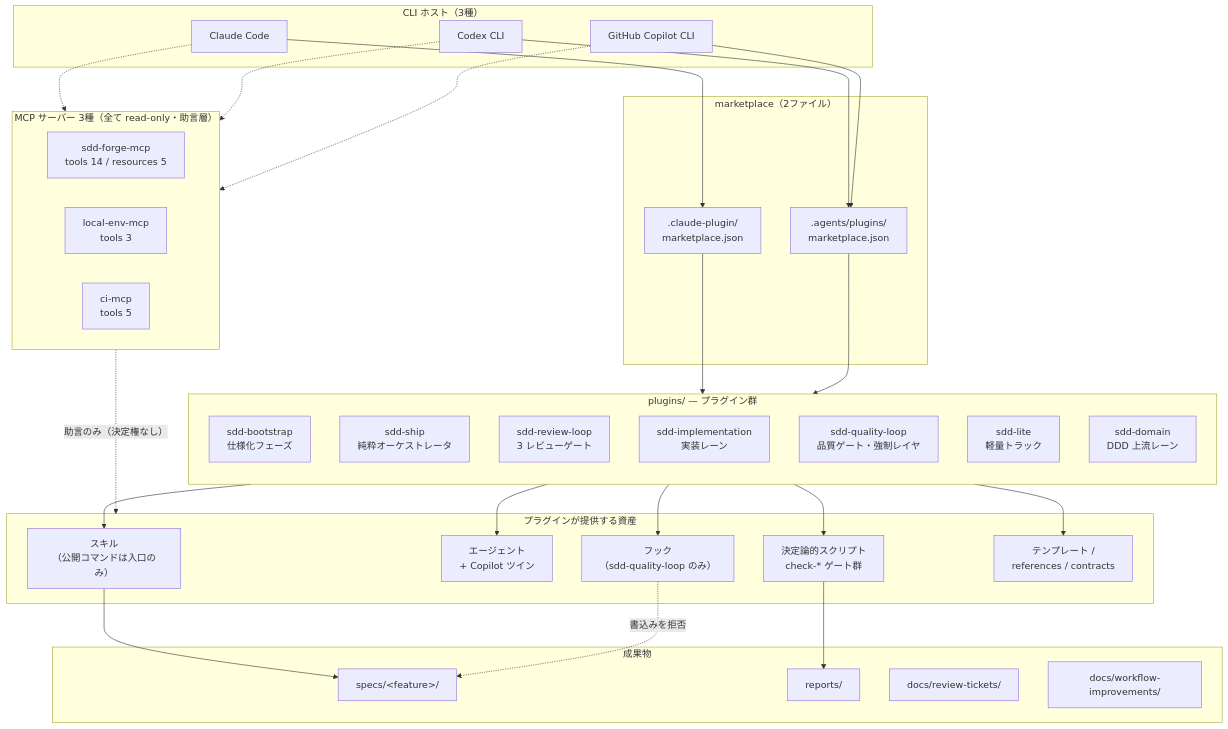
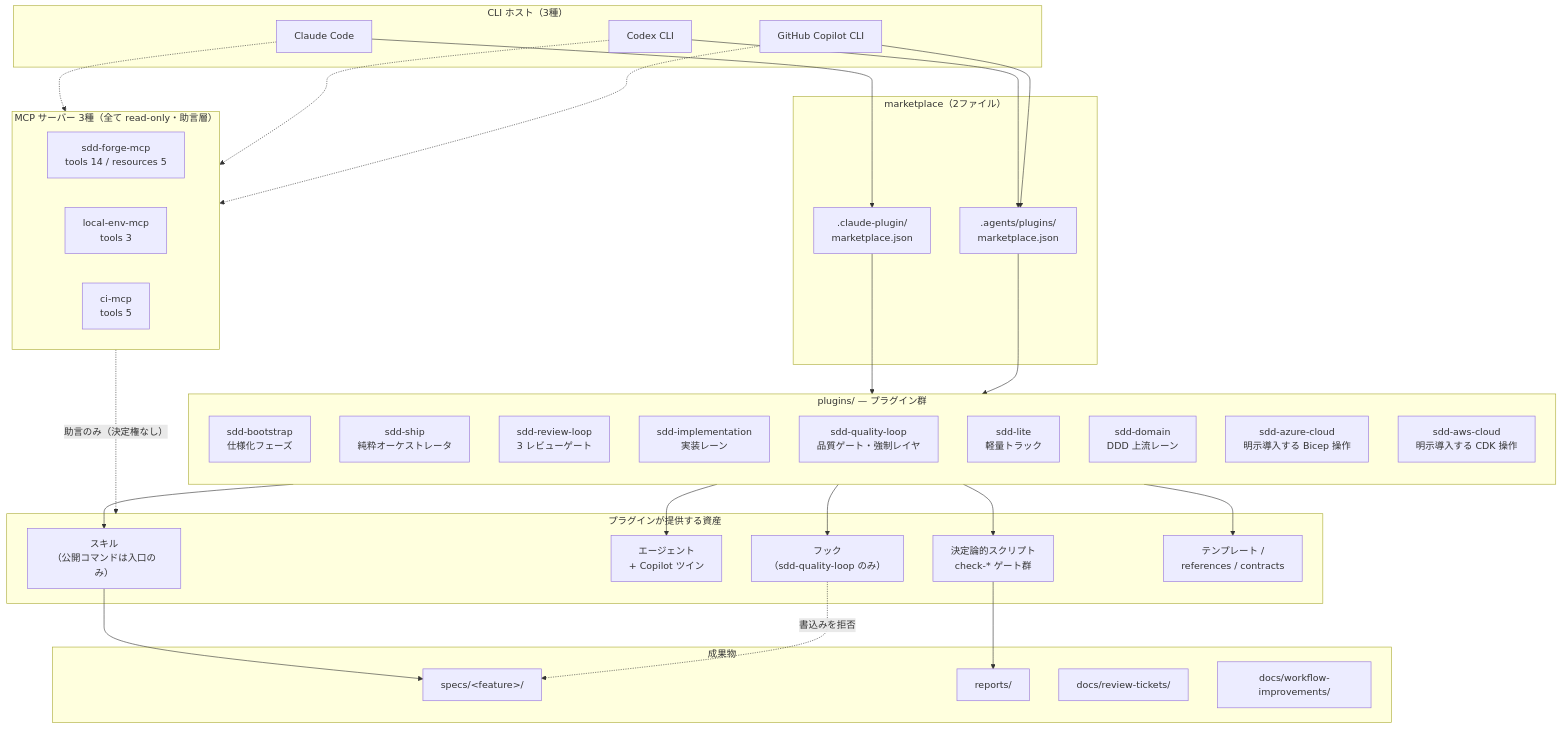
One commit to aharada54914/sdd-forge changed the first of 4 diagrams in docs/architecture/overview.md. Above: the diagram before and after it, drawn with Mermaid. The commit also changed other lines of this file and 206 other files, not shown here.

First line of the commit message:
fix: restore Azure and AWS orchestration for v1.22.1

````diff
--- a/docs/architecture/overview.md
+++ b/docs/architecture/overview.md
@@ -11,67 +11,69 @@
 ```mermaid
 flowchart TD
     subgraph hosts["CLI ホスト（3種）"]
         CC["Claude Code"]
         CX["Codex CLI"]
         CP["GitHub Copilot CLI"]
     end
 
     subgraph mkt["marketplace（2ファイル）"]
         M1[".claude-plugin/<br/>marketplace.json"]
         M2[".agents/plugins/<br/>marketplace.json"]
     end
 
     CC --> M1
     CX --> M2
     CP --> M2
 
     subgraph plugins["plugins/ — プラグイン群"]
         direction TB
         PB["sdd-bootstrap<br/>仕様化フェーズ"]
         PS["sdd-ship<br/>純粋オーケストレータ"]
         PR["sdd-review-loop<br/>3 レビューゲート"]
         PI["sdd-implementation<br/>実装レーン"]
         PQ["sdd-quality-loop<br/>品質ゲート・強制レイヤ"]
         PL["sdd-lite<br/>軽量トラック"]
         PD["sdd-domain<br/>DDD 上流レーン"]
+        PAZ["sdd-azure-cloud<br/>明示導入する Bicep 操作"]
+        PAW["sdd-aws-cloud<br/>明示導入する CDK 操作"]
     end
 
     M1 --> plugins
     M2 --> plugins
 
     subgraph assets["プラグインが提供する資産"]
         SK["スキル<br/>（公開コマンドは入口のみ）"]
         AG["エージェント<br/>+ Copilot ツイン"]
         HK["フック<br/>（sdd-quality-loop のみ）"]
         SC["決定論的スクリプト<br/>check-* ゲート群"]
         TP["テンプレート /<br/>references / contracts"]
     end
 
     plugins --> SK
     plugins --> AG
     plugins --> HK
     plugins --> SC
     plugins --> TP
 
     subgraph mcp["MCP サーバー 3種（全て read-only・助言層）"]
         MA["sdd-forge-mcp<br/>tools 14 / resources 5"]
         MB["local-env-mcp<br/>tools 3"]
         MC["ci-mcp<br/>tools 5"]
     end
 
     CC -.-> mcp
     CX -.-> mcp
     CP -.-> mcp
     mcp -. "助言のみ（決定権なし）" .-> assets
 
     subgraph out["成果物"]
         O1["specs/&lt;feature&gt;/"]
         O2["reports/"]
         O3["docs/review-tickets/"]
         O4["docs/workflow-improvements/"]
     end
 
     SK --> O1
     SC --> O2
     HK -. "書込みを拒否" .-> O1
 ```
````
